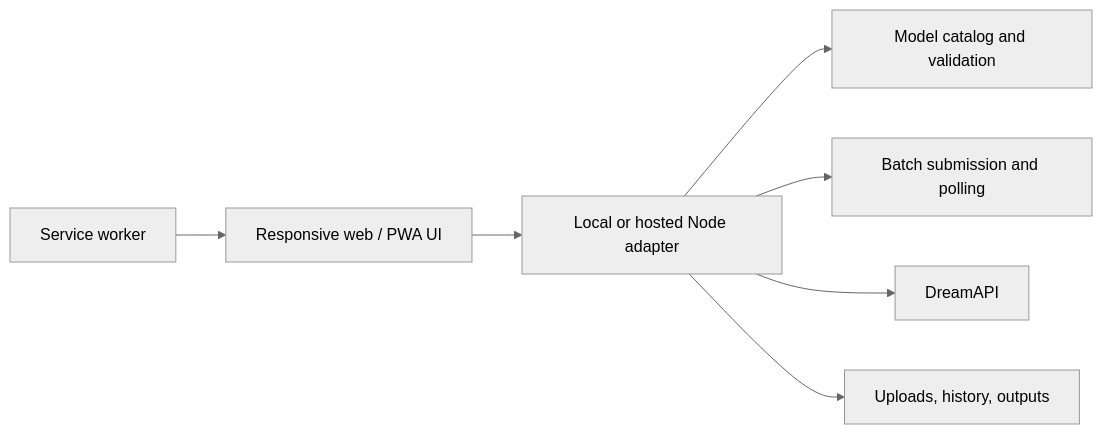
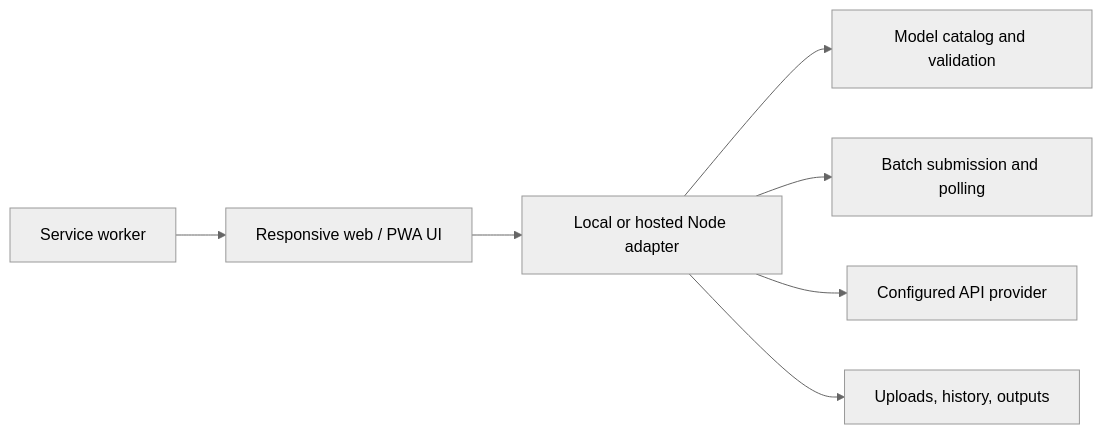
One commit to JaggerSunnn/local-ai-media-studio changed the diagram in README.md. Above: the diagram before and after it, drawn with Mermaid (neutral theme). The commit also changed other lines of this file and 26 other files, not shown here.

````diff
--- a/README.md
+++ b/README.md
@@ -102,9 +104,9 @@
 ```mermaid
 flowchart LR
     UI[Responsive web / PWA UI] --> LOCAL[Local or hosted Node adapter]
     LOCAL --> CATALOG[Model catalog and validation]
     LOCAL --> QUEUE[Batch submission and polling]
-    LOCAL --> API[DreamAPI]
+    LOCAL --> API[Configured API provider]
     LOCAL --> FILES[Uploads, history, outputs]
     SW[Service worker] --> UI
 ```
````
